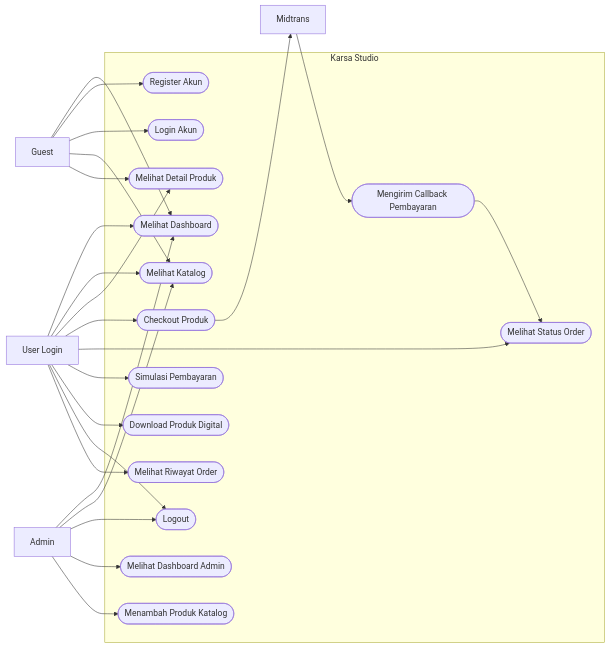
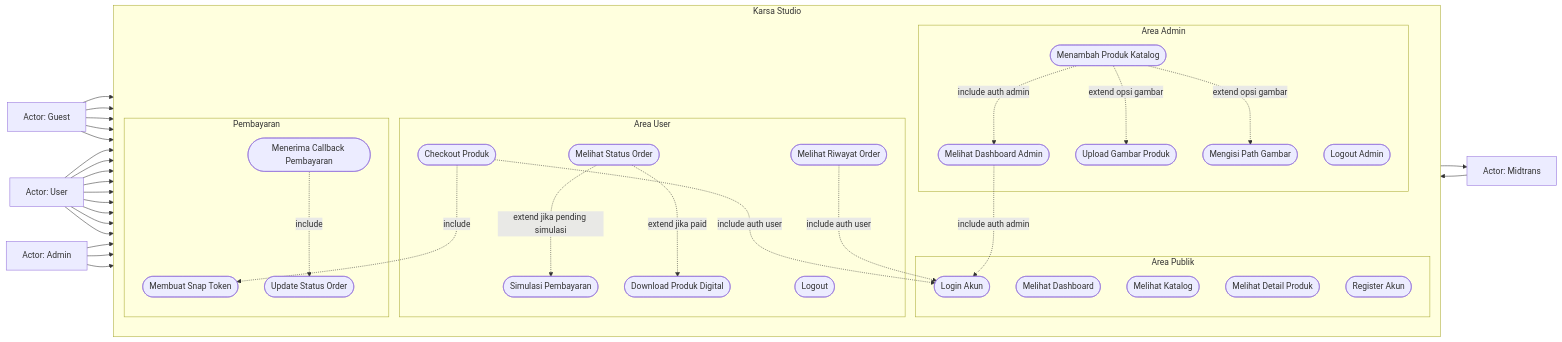
One commit to mufid1012/Laravel changed the first of 7 diagrams in Project-kelompok-app/docs/UML_Karsa_Studio.md. Above: the diagram before and after it, drawn with Mermaid. The commit also changed other lines of this file and 4 other files, not shown here.

Commit message:
update uml

````diff
--- a/Project-kelompok-app/docs/UML_Karsa_Studio.md
+++ b/Project-kelompok-app/docs/UML_Karsa_Studio.md
@@ -9,50 +9,78 @@
 ```mermaid
 flowchart LR
-    Guest["Guest"]
-    User["User Login"]
-    Admin["Admin"]
-    Midtrans["Midtrans"]
+    Guest["Actor: Guest"]
+    User["Actor: User"]
+    Admin["Actor: Admin"]
+    Midtrans["Actor: Midtrans"]
 
-    subgraph App["Karsa Studio"]
-        UC1(["Melihat Dashboard"])
-        UC2(["Register Akun"])
-        UC3(["Login Akun"])
-        UC4(["Melihat Katalog"])
-        UC5(["Melihat Detail Produk"])
-        UC6(["Checkout Produk"])
-        UC7(["Melihat Status Order"])
-        UC8(["Simulasi Pembayaran"])
-        UC9(["Download Produk Digital"])
-        UC10(["Logout"])
-        UC11(["Mengirim Callback Pembayaran"])
-        UC12(["Melihat Riwayat Order"])
-        UC13(["Melihat Dashboard Admin"])
-        UC14(["Menambah Produk Katalog"])
+    subgraph System["Karsa Studio"]
+        direction TB
+
+        subgraph Public["Area Publik"]
+            UC_Dashboard(["Melihat Dashboard"])
+            UC_Catalog(["Melihat Katalog"])
+            UC_Detail(["Melihat Detail Produk"])
+            UC_Register(["Register Akun"])
+            UC_Login(["Login Akun"])
+        end
+
+        subgraph UserArea["Area User"]
+            UC_Checkout(["Checkout Produk"])
+            UC_History(["Melihat Riwayat Order"])
+            UC_Status(["Melihat Status Order"])
+            UC_Simulate(["Simulasi Pembayaran"])
+            UC_Download(["Download Produk Digital"])
+            UC_LogoutUser(["Logout"])
+        end
+
+        subgraph AdminArea["Area Admin"]
+            UC_AdminDashboard(["Melihat Dashboard Admin"])
+            UC_AddProduct(["Menambah Produk Katalog"])
+            UC_UploadImage(["Upload Gambar Produk"])
+            UC_ImagePath(["Mengisi Path Gambar"])
+            UC_LogoutAdmin(["Logout Admin"])
+        end
+
+        subgraph Payment["Pembayaran"]
+            UC_MidtransToken(["Membuat Snap Token"])
+            UC_Callback(["Menerima Callback Pembayaran"])
+            UC_UpdateStatus(["Update Status Order"])
+        end
     end
 
-    Guest --> UC1
-    Guest --> UC2
-    Guest --> UC3
-    Guest --> UC4
-    Guest --> UC5
+    Guest --> UC_Dashboard
+    Guest --> UC_Catalog
+    Guest --> UC_Detail
+    Guest --> UC_Register
+    Guest --> UC_Login
 
-    User --> UC1
-    User --> UC4
-    User --> UC5
-    User --> UC6
-    User --> UC7
-    User --> UC8
-    User --> UC9
-    User --> UC10
-    User --> UC12
+    User --> UC_Dashboard
+    User --> UC_Catalog
+    User --> UC_Detail
+    User --> UC_Checkout
+    User --> UC_History
+    User --> UC_Status
+    User --> UC_Simulate
+    User --> UC_Download
+    User --> UC_LogoutUser
 
-    Admin --> UC1
-    Admin --> UC4
-    Admin --> UC10
-    Admin --> UC13
-    Admin --> UC14
+    Admin --> UC_AdminDashboard
+    Admin --> UC_AddProduct
+    Admin --> UC_LogoutAdmin
 
-    Midtrans --> UC11
-    UC11 --> UC7
-    UC6 --> Midtrans
+    Midtrans --> UC_Callback
+
+    UC_Checkout -. include auth user .-> UC_Login
+    UC_History -. include auth user .-> UC_Login
+    UC_Checkout -. include .-> UC_MidtransToken
+    UC_Status -. extend jika pending simulasi .-> UC_Simulate
+    UC_Status -. extend jika paid .-> UC_Download
+    UC_Callback -. include .-> UC_UpdateStatus
+
+    UC_AdminDashboard -. include auth admin .-> UC_Login
+    UC_AddProduct -. include auth admin .-> UC_AdminDashboard
+    UC_AddProduct -. extend opsi gambar .-> UC_UploadImage
+    UC_AddProduct -. extend opsi gambar .-> UC_ImagePath
+
+    UC_MidtransToken --> Midtrans
 ```
````
